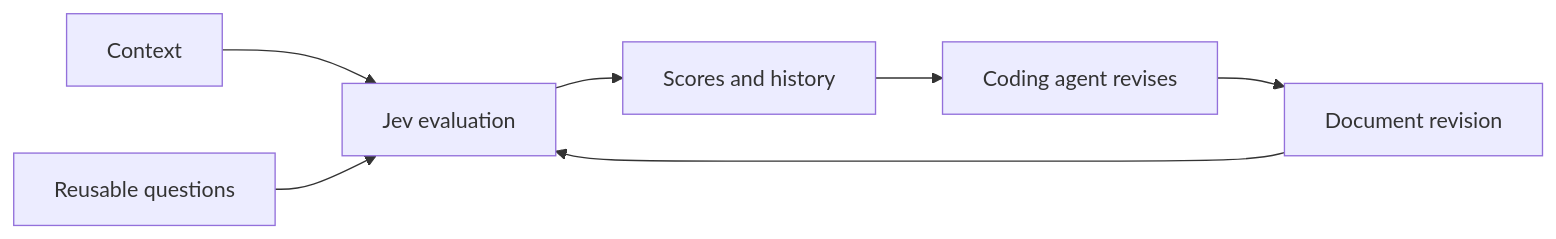
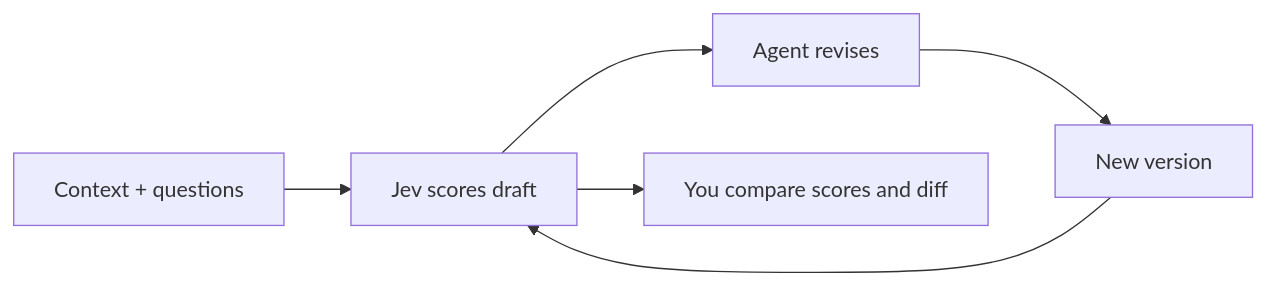
One commit to a-Fig/jev-score changed the diagram in README.md. Above: the diagram before and after it, drawn with Mermaid. The commit also changed other lines of this file, not shown here.

Commit message:
Optimize README with Jev evaluation

````diff
--- a/README.md
+++ b/README.md
@@ -18,9 +44,8 @@
 ```mermaid
 flowchart LR
-    A[Context] --> D[Jev evaluation]
-    B[Reusable questions] --> D
-    C[Document revision] --> D
-    D --> E[Scores and history]
-    E --> F[Coding agent revises]
-    F --> C
+    A[Context + questions] --> B[Jev scores draft]
+    B --> C[Agent revises]
+    C --> D[New version]
+    D --> B
+    B --> E[You compare scores and diff]
 ```
````
